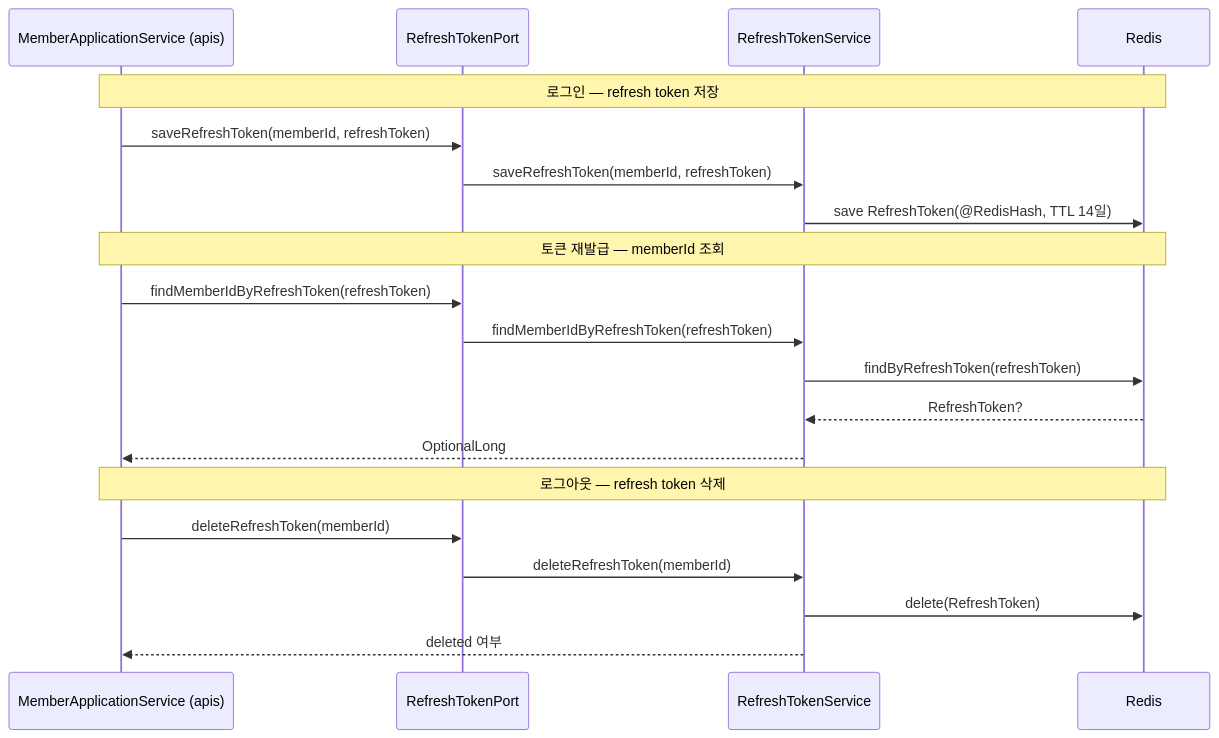
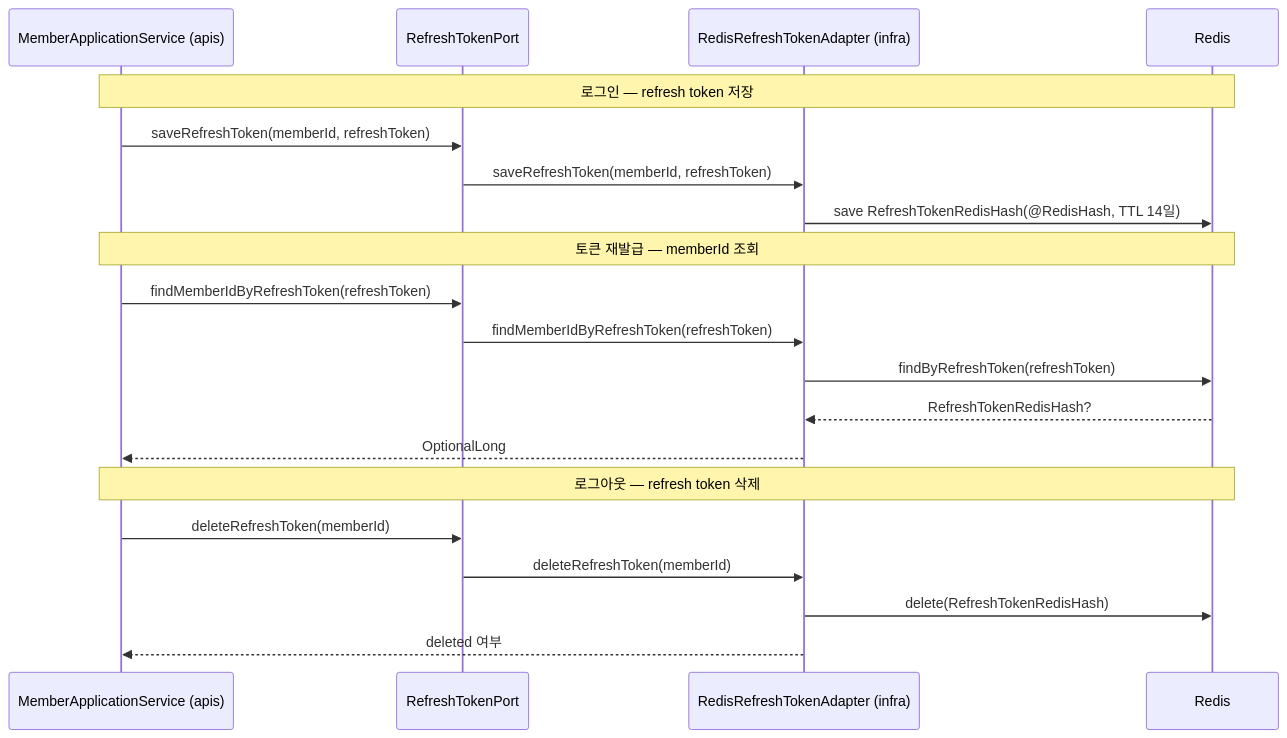
The fourth of 4 diagrams in gateway/README.md (TEAM-BEAT/BEAT-SERVER), drawn with Mermaid before and after one commit. The commit also changed other lines of this file and 36 other files, not shown here.

````diff
--- a/gateway/README.md
+++ b/gateway/README.md
@@ -244,25 +252,25 @@
 ```mermaid
 sequenceDiagram
     participant App as MemberApplicationService (apis)
     participant Port as RefreshTokenPort
-    participant Svc as RefreshTokenService
+    participant Adapter as RedisRefreshTokenAdapter (infra)
     participant Redis as Redis
 
     Note over App,Redis: 로그인 — refresh token 저장
     App->>Port: saveRefreshToken(memberId, refreshToken)
-    Port->>Svc: saveRefreshToken(memberId, refreshToken)
-    Svc->>Redis: save RefreshToken(@RedisHash, TTL 14일)
+    Port->>Adapter: saveRefreshToken(memberId, refreshToken)
+    Adapter->>Redis: save RefreshTokenRedisHash(@RedisHash, TTL 14일)
 
     Note over App,Redis: 토큰 재발급 — memberId 조회
     App->>Port: findMemberIdByRefreshToken(refreshToken)
-    Port->>Svc: findMemberIdByRefreshToken(refreshToken)
-    Svc->>Redis: findByRefreshToken(refreshToken)
-    Redis-->>Svc: RefreshToken?
-    Svc-->>App: OptionalLong
+    Port->>Adapter: findMemberIdByRefreshToken(refreshToken)
+    Adapter->>Redis: findByRefreshToken(refreshToken)
+    Redis-->>Adapter: RefreshTokenRedisHash?
+    Adapter-->>App: OptionalLong
 
     Note over App,Redis: 로그아웃 — refresh token 삭제
     App->>Port: deleteRefreshToken(memberId)
-    Port->>Svc: deleteRefreshToken(memberId)
-    Svc->>Redis: delete(RefreshToken)
-    Svc-->>App: deleted 여부
+    Port->>Adapter: deleteRefreshToken(memberId)
+    Adapter->>Redis: delete(RefreshTokenRedisHash)
+    Adapter-->>App: deleted 여부
 ```
````
